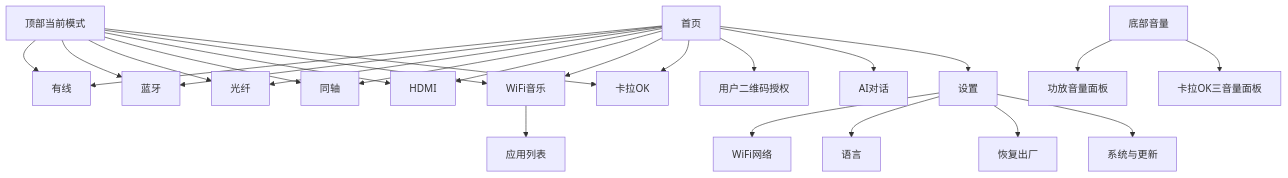
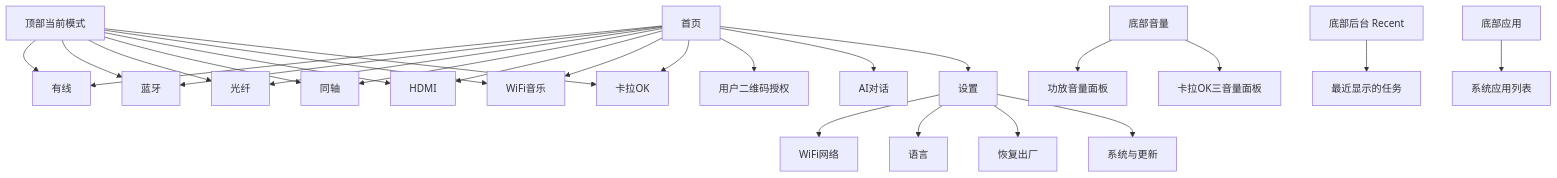
The first of 3 diagrams in doc/Soundbar带屏智能音响UI_PRD.md (Jmlong23/HiviLauncher), drawn with Mermaid before and after one commit. The commit also changed other lines of this file and 4 other files, not shown here.

````diff
--- a/doc/Soundbar带屏智能音响UI_PRD.md
+++ b/doc/Soundbar带屏智能音响UI_PRD.md
@@ -151,27 +156,28 @@
 ```mermaid
 graph TD
     Home[首页] --> Line[有线]
     Home --> BT[蓝牙]
     Home --> Optical[光纤]
     Home --> Coaxial[同轴]
     Home --> HDMI[HDMI]
     Home --> WiFi[WiFi音乐]
     Home --> Karaoke[卡拉OK]
     Volume[底部音量] --> Amp[功放音量面板]
     Volume --> KaraokeVolume[卡拉OK三音量面板]
+    Recent[底部后台 Recent] --> RecentTasks[最近显示的任务]
+    Apps[底部应用] --> AppList[系统应用列表]
     TopMode[顶部当前模式] --> Line
     TopMode --> BT
     TopMode --> Optical
     TopMode --> Coaxial
     TopMode --> HDMI
     TopMode --> WiFi
     TopMode --> Karaoke
-    WiFi --> Apps[应用列表]
     Home --> Auth[用户二维码授权]
     Home --> AI[AI对话]
     Home --> Settings[设置]
     Settings --> Network[WiFi网络]
     Settings --> Language[语言]
     Settings --> Factory[恢复出厂]
     Settings --> System[系统与更新]
 ```
````
